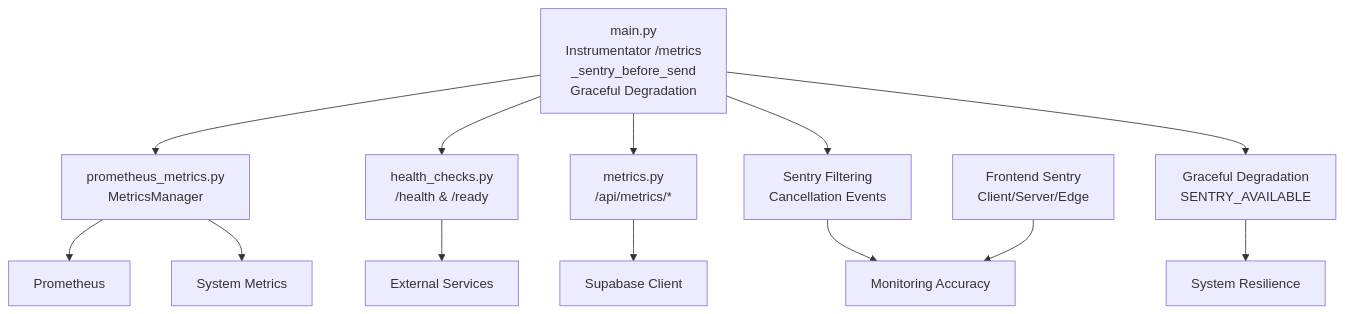
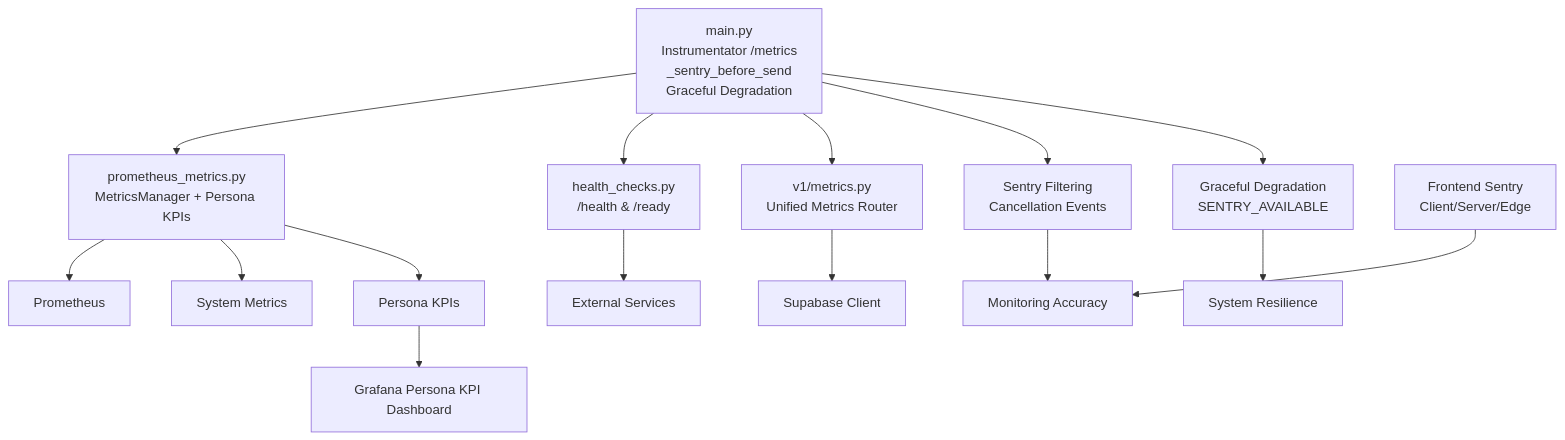
One commit to rohitkumarnaidu/-Auto-AI-Automated-Academic-Docx-Manuscript-Formatter changed diagram 12 of 12 in .qoder/repowiki/en/content/Backend Development/Monitoring & Metrics.md. Above: the diagram before and after it, drawn with Mermaid. The commit also changed other lines of this file and 6 other files, not shown here.

````diff
--- a/.qoder/repowiki/en/content/Backend Development/Monitoring & Metrics.md
+++ b/.qoder/repowiki/en/content/Backend Development/Monitoring & Metrics.md
@@ -451,15 +572,17 @@
 ```mermaid
 graph TB
-M["main.py<br/>Instrumentator /metrics<br/>_sentry_before_send<br/>Graceful Degradation"] --> PMW["prometheus_metrics.py<br/>MetricsManager"]
+M["main.py<br/>Instrumentator /metrics<br/>_sentry_before_send<br/>Graceful Degradation"] --> PMW["prometheus_metrics.py<br/>MetricsManager + Persona KPIs"]
 M --> HR["health_checks.py<br/>/health & /ready"]
-M --> MR["metrics.py<br/>/api/metrics/*"]
+M --> V1R["v1/metrics.py<br/>Unified Metrics Router"]
 M --> SF["Sentry Filtering<br/>Cancellation Events"]
 M --> GD["Graceful Degradation<br/>SENTRY_AVAILABLE"]
 PMW --> PR["Prometheus"]
-MR --> DB["Supabase Client"]
+V1R --> DB["Supabase Client"]
 HR --> EXT["External Services"]
 PMW --> SYS["System Metrics"]
+PMW --> PK["Persona KPIs"]
 SF --> MON["Monitoring Accuracy"]
 GD --> RES["System Resilience"]
 FC["Frontend Sentry<br/>Client/Server/Edge"] --> MON
+PK --> GDASH["Grafana Persona KPI Dashboard"]
 ```
````
